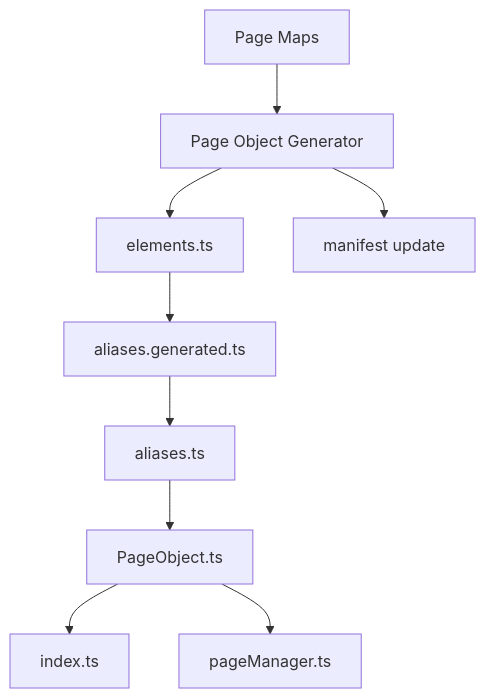
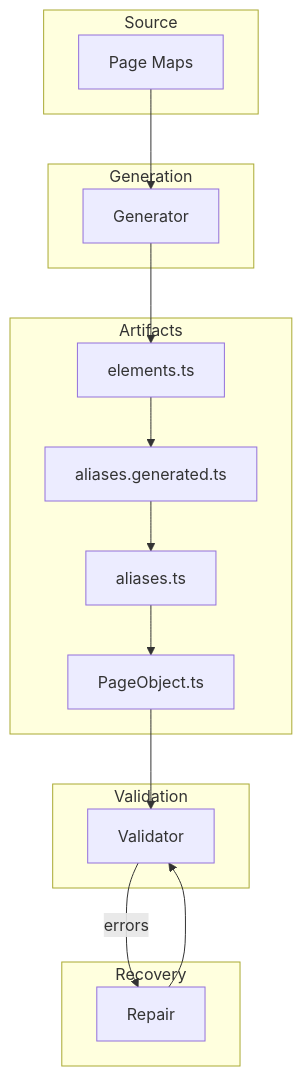
Before and after one commit to vijaytomar81/AZOnline: the diagram in docs/architecture.md, drawn with Mermaid. The commit also changed other lines of this file and 3 other files, not shown here.

````diff
--- a/docs/architecture.md
+++ b/docs/architecture.md
@@ -195,16 +23,36 @@
 ```mermaid
-flowchart TD
+flowchart TB
 
-A[Page Maps]
---> B[Page Object Generator]
+subgraph Source
+PM[Page Maps]
+end
 
-B --> C[elements.ts]
-C --> D[aliases.generated.ts]
-D --> E[aliases.ts]
-E --> F[PageObject.ts]
+subgraph Generation
+GEN[Generator]
+end
 
-F --> G[index.ts]
-F --> H[pageManager.ts]
+subgraph Artifacts
+EL[elements.ts]
+AG[aliases.generated.ts]
+AH[aliases.ts]
+PO[PageObject.ts]
+end
 
-B --> I[manifest update]
+subgraph Validation
+VAL[Validator]
+end
+
+subgraph Recovery
+REP[Repair]
+end
+
+PM --> GEN
+GEN --> EL
+EL --> AG
+AG --> AH
+AH --> PO
+
+PO --> VAL
+VAL -->|errors| REP
+REP --> VAL
 ```
````
